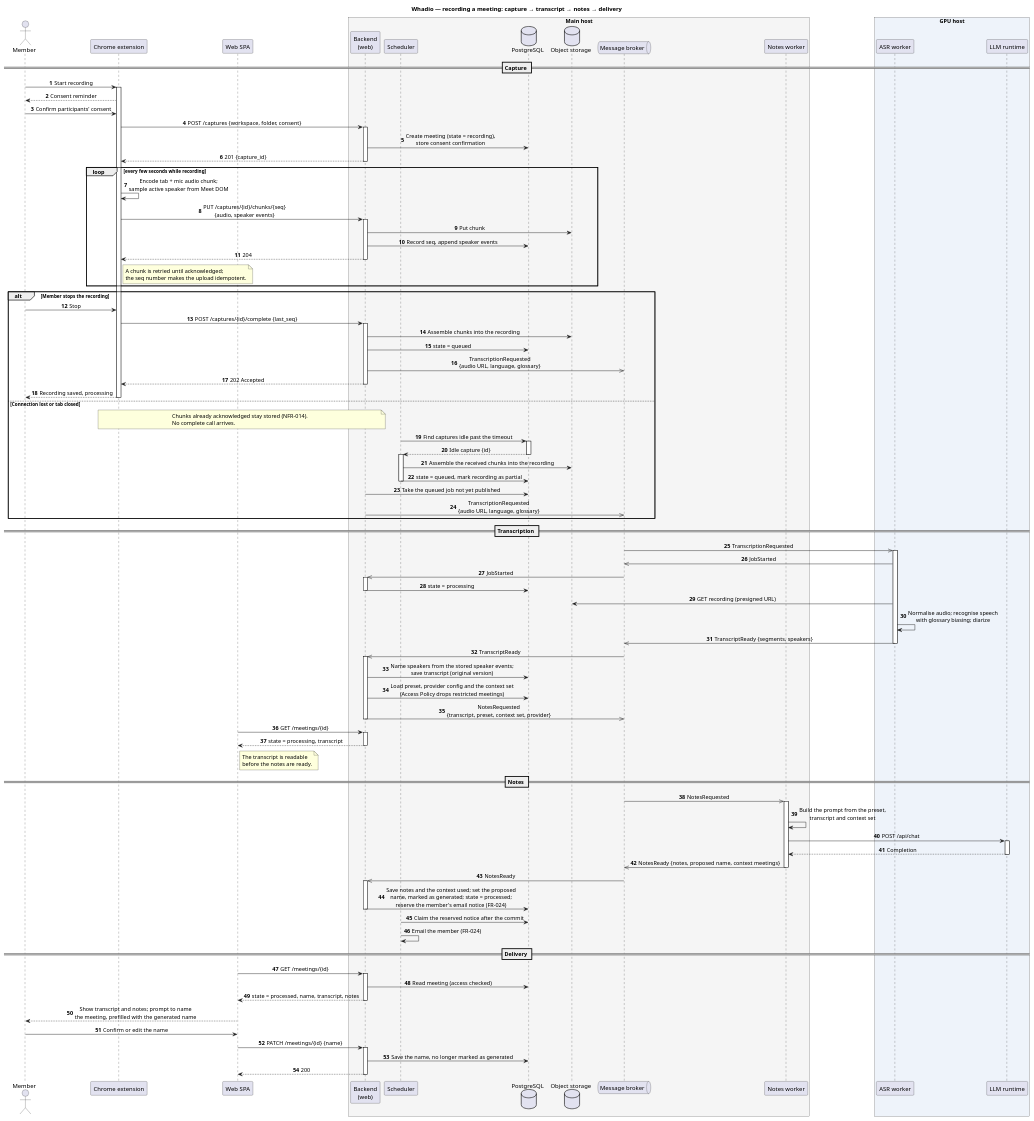
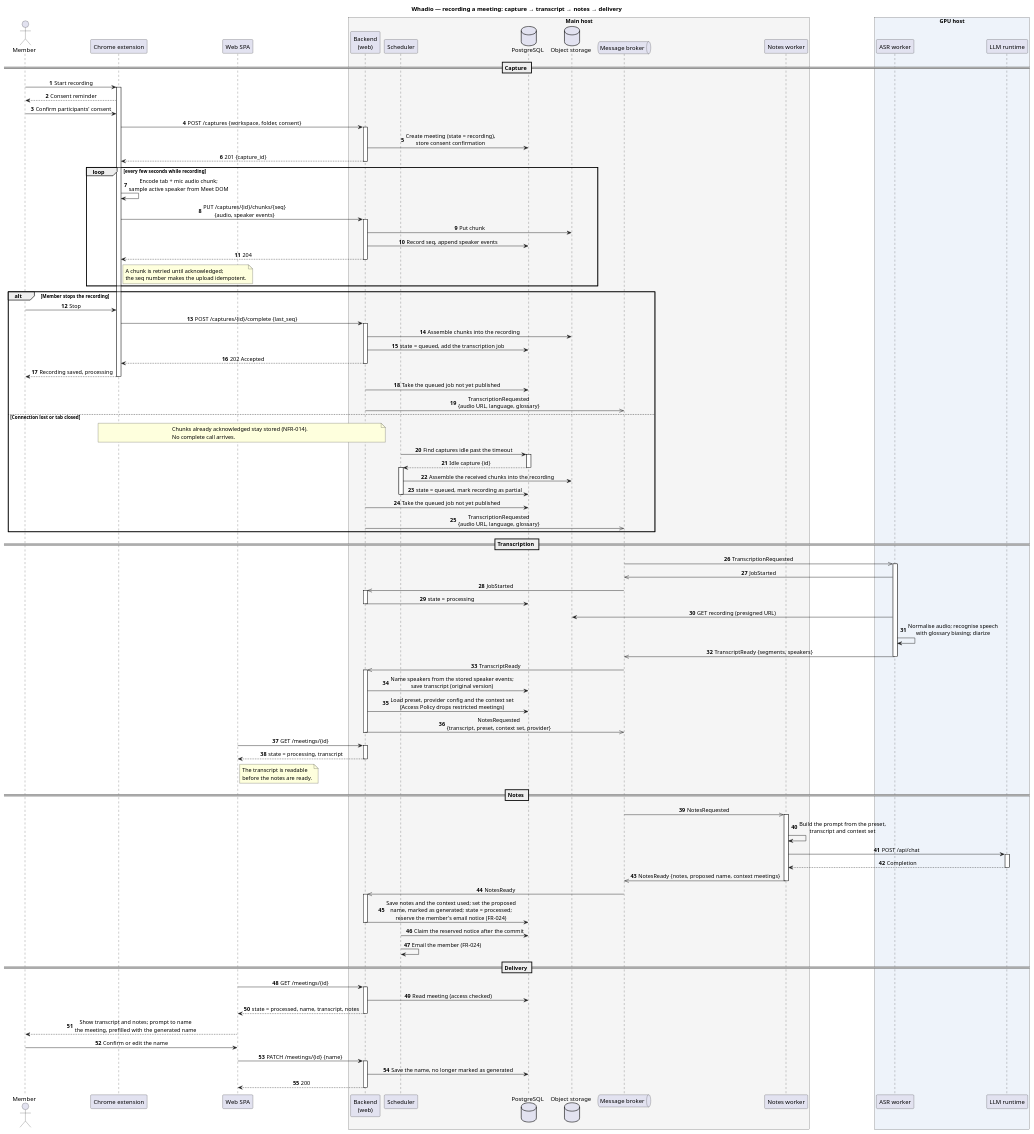
One commit to ukma-fin-ssdm-2026/Whadio changed the diagram in docs/architecture/uml/sequence-meeting-pipeline.puml. Above: the diagram before and after it, drawn with PlantUML. The commit also changed 1 other file, not shown here.

Commit message:
docs(#257): publish a stopped recording's job after the complete request
CaptureService.complete only queues the transcription job; the web publishing loop sends it after the commit, as it does for a finalised partial recording.

```diff
--- a/docs/architecture/uml/sequence-meeting-pipeline.puml
+++ b/docs/architecture/uml/sequence-meeting-pipeline.puml
@@ -1,114 +1,115 @@
 @startuml sequence-meeting-pipeline
 title Whadio — recording a meeting: capture → transcript → notes → delivery
 
 skinparam sequenceMessageAlign center
 skinparam responseMessageBelowArrow true
 autonumber
 
 actor "Member" as user
 participant "Chrome extension" as ext
 participant "Web SPA" as spa
 
 box "Main host" #F5F5F5
   participant "Backend\n(web)" as web
   participant "Scheduler" as scheduler
   database "PostgreSQL" as db
   database "Object storage" as store
   queue "Message broker" as mq
   participant "Notes worker" as notes
 end box
 
 box "GPU host" #EEF3FA
   participant "ASR worker" as asr
   participant "LLM runtime" as llm
 end box
 
 == Capture ==
 
 user -> ext ++ : Start recording
 ext --> user : Consent reminder
 user -> ext : Confirm participants' consent
 ext -> web ++ : POST /captures {workspace, folder, consent}
 web -> db : Create meeting (state = recording),\nstore consent confirmation
 web --> ext -- : 201 {capture_id}
 
 loop every few seconds while recording
   ext -> ext : Encode tab + mic audio chunk;\nsample active speaker from Meet DOM
   ext -> web ++ : PUT /captures/{id}/chunks/{seq}\n{audio, speaker events}
   web -> store : Put chunk
   web -> db : Record seq, append speaker events
   web --> ext -- : 204
   note right of ext
     A chunk is retried until acknowledged;
     the seq number makes the upload idempotent.
   end note
 end
 
 alt Member stops the recording
   user -> ext : Stop
   ext -> web ++ : POST /captures/{id}/complete {last_seq}
   web -> store : Assemble chunks into the recording
-  web -> db : state = queued
-  web ->> mq : TranscriptionRequested\n{audio URL, language, glossary}
+  web -> db : state = queued, add the transcription job
   web --> ext -- : 202 Accepted
   ext --> user -- : Recording saved, processing
+  web -> db : Take the queued job not yet published
+  web ->> mq : TranscriptionRequested\n{audio URL, language, glossary}
 else Connection lost or tab closed
   note over ext, web
     Chunks already acknowledged stay stored (NFR-014).
     No complete call arrives.
   end note
   scheduler -> db ++ : Find captures idle past the timeout
   db --> scheduler -- : Idle capture {id}
   activate scheduler
   scheduler -> store : Assemble the received chunks into the recording
   scheduler -> db : state = queued, mark recording as partial
   deactivate scheduler
   web -> db : Take the queued job not yet published
   web ->> mq : TranscriptionRequested\n{audio URL, language, glossary}
 end
 
 == Transcription ==
 
 mq ->> asr ++ : TranscriptionRequested
 asr ->> mq : JobStarted
 mq ->> web ++ : JobStarted
 web -> db -- : state = processing
 asr -> store : GET recording (presigned URL)
 asr -> asr : Normalise audio; recognise speech\nwith glossary biasing; diarize
 asr ->> mq -- : TranscriptReady {segments, speakers}
 mq ->> web ++ : TranscriptReady
 web -> db : Name speakers from the stored speaker events;\nsave transcript (original version)
 web -> db : Load preset, provider config and the context set\n(Access Policy drops restricted meetings)
 web ->> mq -- : NotesRequested\n{transcript, preset, context set, provider}
 
 spa -> web ++ : GET /meetings/{id}
 web --> spa -- : state = processing, transcript
 note right of spa
   The transcript is readable
   before the notes are ready.
 end note
 
 == Notes ==
 
 mq ->> notes ++ : NotesRequested
 notes -> notes : Build the prompt from the preset,\ntranscript and context set
 notes -> llm ++ : POST /api/chat
 llm --> notes -- : Completion
 notes ->> mq -- : NotesReady {notes, proposed name, context meetings}
 mq ->> web ++ : NotesReady
 web -> db : Save notes and the context used; set the proposed\nname, marked as generated; state = processed;\nreserve the member's email notice (FR-024)
 deactivate web
 scheduler -> db : Claim the reserved notice after the commit
 scheduler -> scheduler : Email the member (FR-024)
 
 == Delivery ==
 
 spa -> web ++ : GET /meetings/{id}
 web -> db : Read meeting (access checked)
 web --> spa -- : state = processed, name, transcript, notes
 spa --> user : Show transcript and notes; prompt to name\nthe meeting, prefilled with the generated name
 user -> spa : Confirm or edit the name
 spa -> web ++ : PATCH /meetings/{id} {name}
 web -> db : Save the name, no longer marked as generated
 web --> spa -- : 200
 @enduml
```
